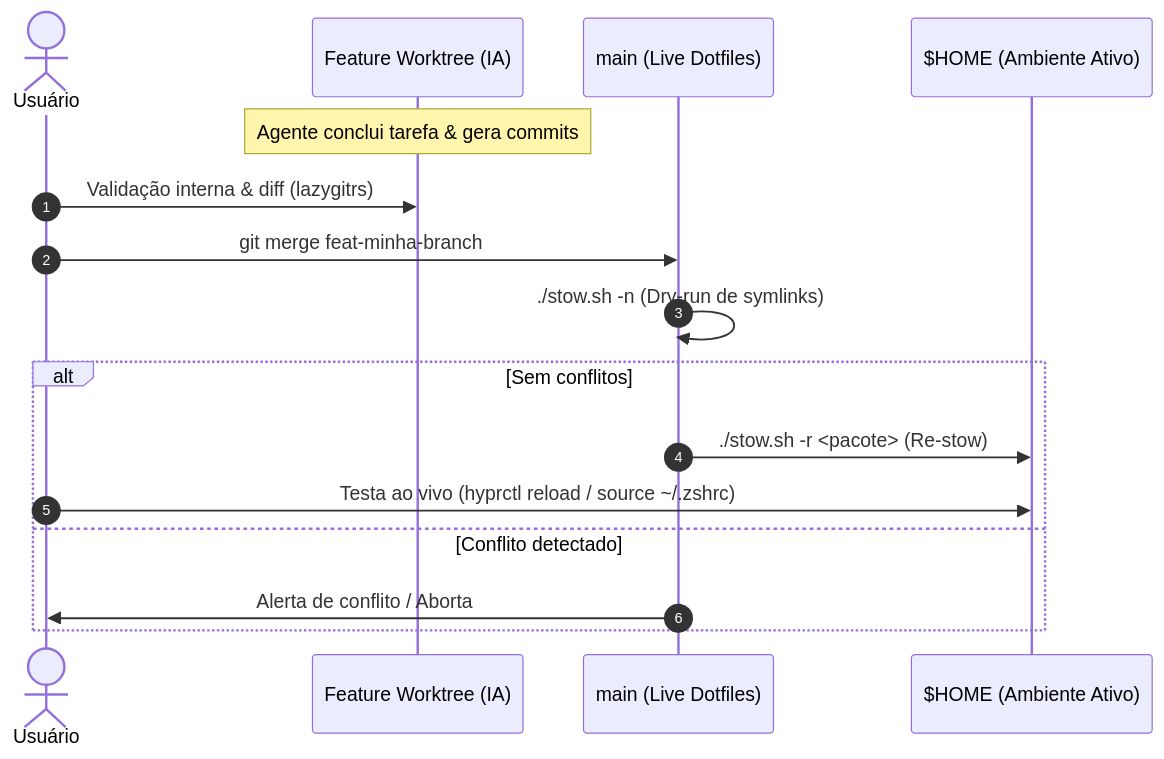
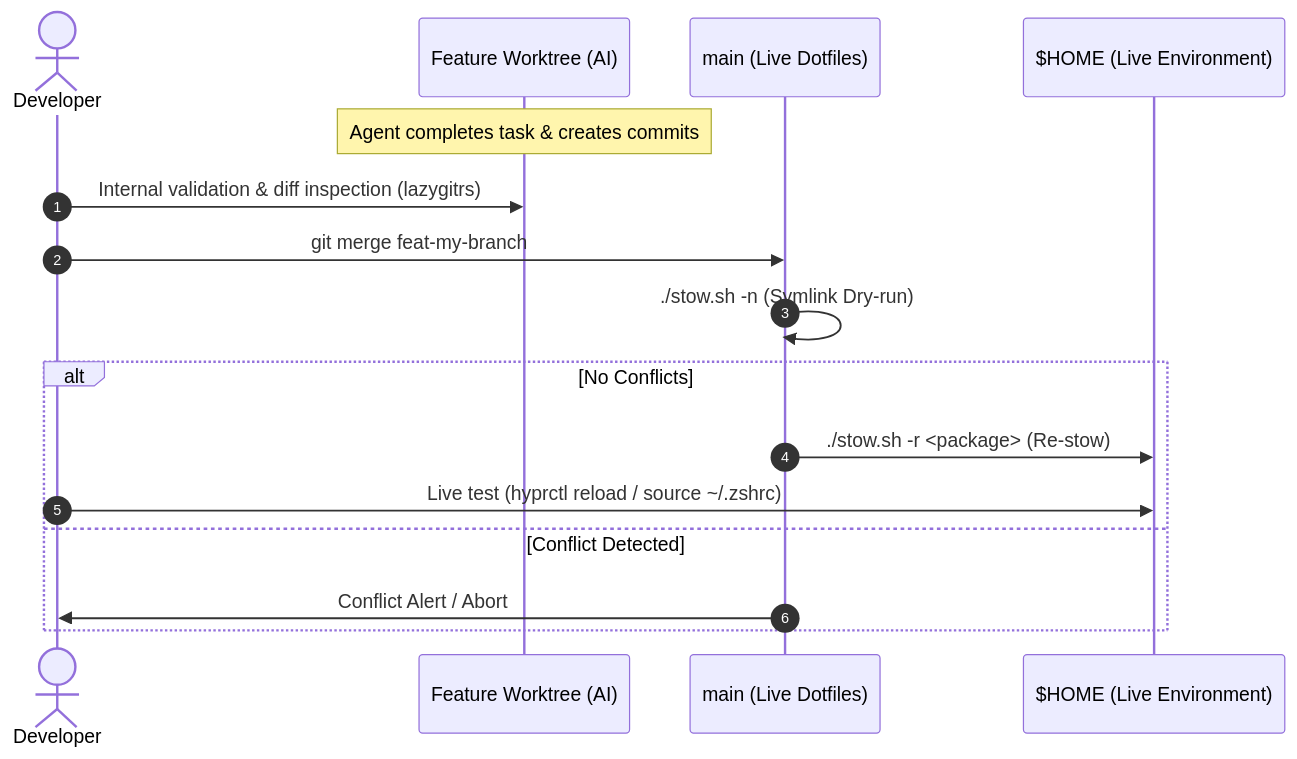
One commit to fcmiranda/.dotfiles changed the second of 5 diagrams in docs/GIT_WORKTREE_AGENTIC_WORKFLOW.md. Above: the diagram before and after it, drawn with Mermaid. The commit also changed other lines of this file, not shown here.

Commit message:
docs: translate worktree agentic workflow guide to english

````diff
--- a/docs/GIT_WORKTREE_AGENTIC_WORKFLOW.md
+++ b/docs/GIT_WORKTREE_AGENTIC_WORKFLOW.md
@@ -81,19 +80,19 @@
 ```mermaid
 sequenceDiagram
     autonumber
-    actor Dev as Usuário
-    participant WT as Feature Worktree (IA)
+    actor Dev as Developer
+    participant WT as Feature Worktree (AI)
     participant Main as main (Live Dotfiles)
-    participant Home as $HOME (Ambiente Ativo)
+    participant Home as $HOME (Live Environment)
 
-    Note over WT: Agente conclui tarefa & gera commits
-    Dev->>WT: Validação interna & diff (lazygitrs)
-    Dev->>Main: git merge feat-minha-branch
-    Main->>Main: ./stow.sh -n (Dry-run de symlinks)
-    alt Sem conflitos
-        Main->>Home: ./stow.sh -r <pacote> (Re-stow)
-        Dev->>Home: Testa ao vivo (hyprctl reload / source ~/.zshrc)
-    else Conflito detectado
-        Main->>Dev: Alerta de conflito / Aborta
+    Note over WT: Agent completes task & creates commits
+    Dev->>WT: Internal validation & diff inspection (lazygitrs)
+    Dev->>Main: git merge feat-my-branch
+    Main->>Main: ./stow.sh -n (Symlink Dry-run)
+    alt No Conflicts
+        Main->>Home: ./stow.sh -r <package> (Re-stow)
+        Dev->>Home: Live test (hyprctl reload / source ~/.zshrc)
+    else Conflict Detected
+        Main->>Dev: Conflict Alert / Abort
     end
 ```
````
